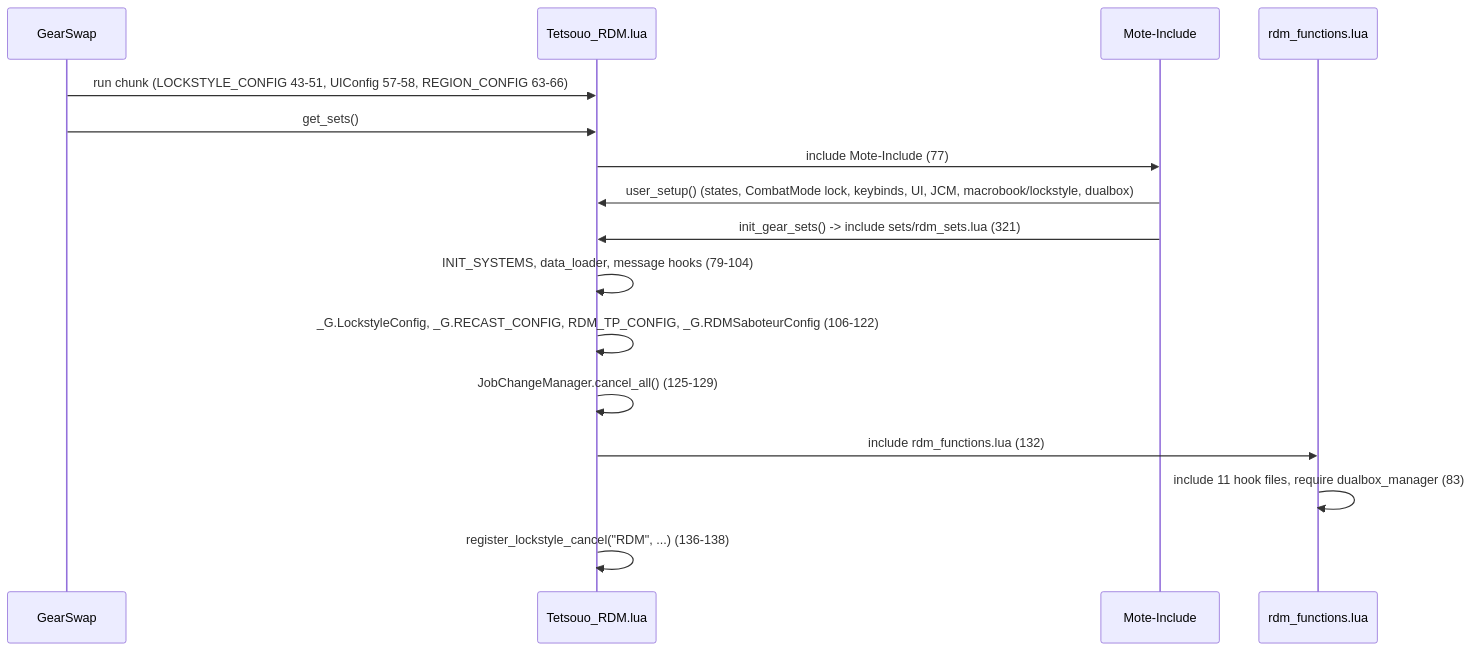
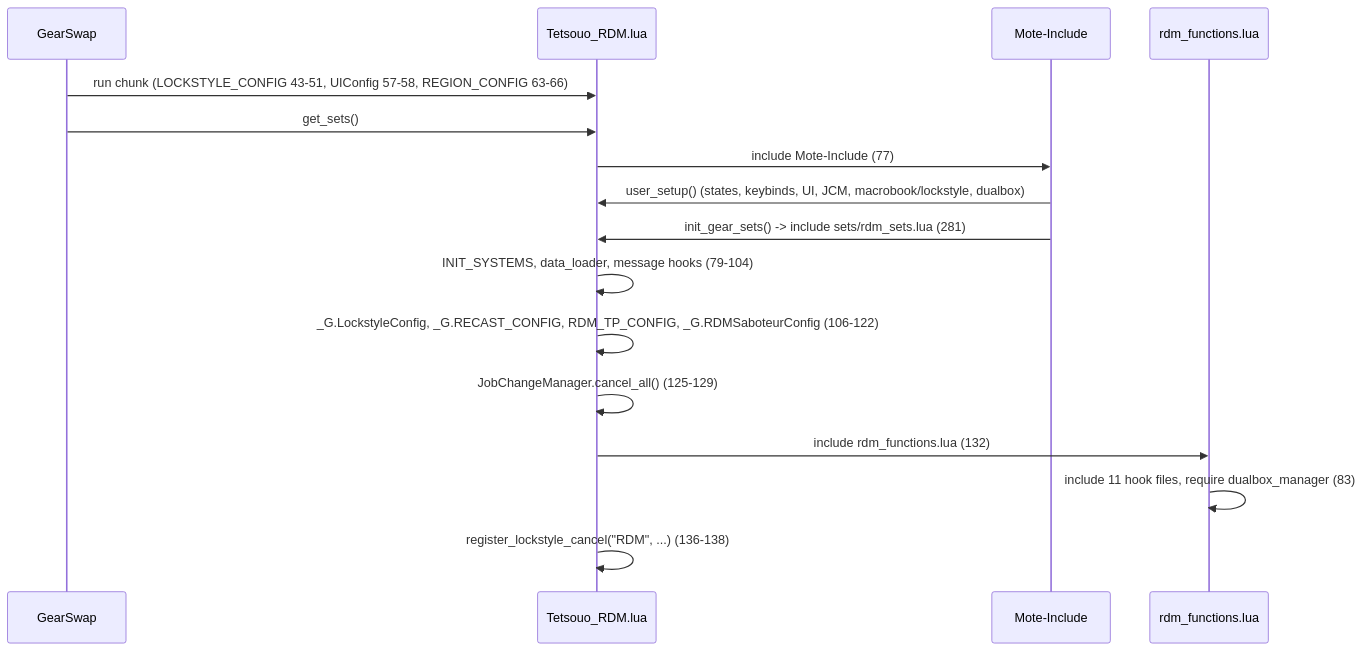
One commit to ejouanchicot/Gearswap changed the first of 2 diagrams in docs/dev/jobs/rdm.md. Above: the diagram before and after it, drawn with Mermaid. The commit also changed other lines of this file and 12 other files, not shown here.

````diff
--- a/docs/dev/jobs/rdm.md
+++ b/docs/dev/jobs/rdm.md
@@ -89,18 +89,18 @@
 ```mermaid
 sequenceDiagram
     participant GS as GearSwap
     participant E as Tetsouo_RDM.lua
     participant M as Mote-Include
     participant F as rdm_functions.lua
     GS->>E: run chunk (LOCKSTYLE_CONFIG 43-51, UIConfig 57-58, REGION_CONFIG 63-66)
     GS->>E: get_sets()
     E->>M: include Mote-Include (77)
-    M->>E: user_setup() (states, CombatMode lock, keybinds, UI, JCM, macrobook/lockstyle, dualbox)
-    M->>E: init_gear_sets() -> include sets/rdm_sets.lua (321)
+    M->>E: user_setup() (states, keybinds, UI, JCM, macrobook/lockstyle, dualbox)
+    M->>E: init_gear_sets() -> include sets/rdm_sets.lua (281)
     E->>E: INIT_SYSTEMS, data_loader, message hooks (79-104)
     E->>E: _G.LockstyleConfig, _G.RECAST_CONFIG, RDM_TP_CONFIG, _G.RDMSaboteurConfig (106-122)
     E->>E: JobChangeManager.cancel_all() (125-129)
     E->>F: include rdm_functions.lua (132)
     F->>F: include 11 hook files, require dualbox_manager (83)
     E->>E: register_lockstyle_cancel("RDM", ...) (136-138)
 ```
````
